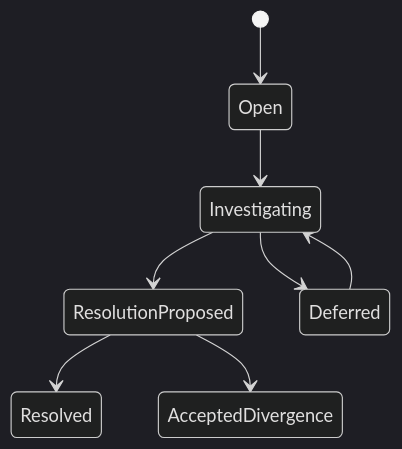
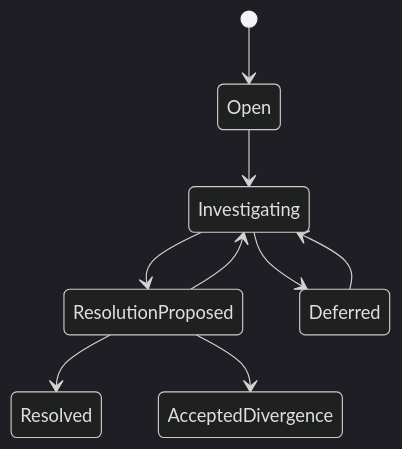
One commit to CodeZen-Lizhi/zhixu changed the sixth of 6 diagrams in docs/architecture/domain-model.md. Above: the diagram before and after it, drawn with Mermaid (dark theme). The commit also changed other lines of this file and 52 other files, not shown here.

````diff
--- a/docs/architecture/domain-model.md
+++ b/docs/architecture/domain-model.md
@@ -298,10 +328,11 @@
 ```mermaid
 stateDiagram-v2
     [*] --> Open
     Open --> Investigating
     Investigating --> ResolutionProposed
     ResolutionProposed --> Resolved
     ResolutionProposed --> AcceptedDivergence
+    ResolutionProposed --> Investigating
     Investigating --> Deferred
     Deferred --> Investigating
 ```
````
